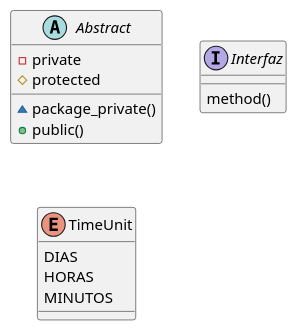
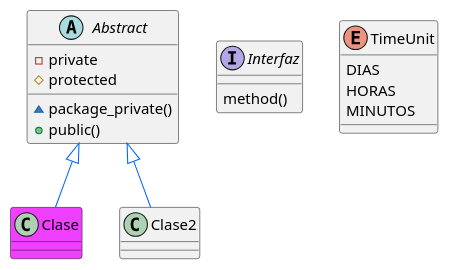
The diagram in uml/diagrama8.puml (Espadv69/uml-begginer), drawn with PlantUML before and after one commit.

Commit message:
Update: schema of classes and Abstract.

```diff
--- a/uml/diagrama8.puml
+++ b/uml/diagrama8.puml
@@ -1,20 +1,25 @@
 @startuml diagrama8
 
     abstract Abstract {
         -private
         #protected
         ~package_private()
         +public()
     }
 
     interface Interfaz {
         method()
     }
 
     enum TimeUnit {
         DIAS
         HORAS
         MINUTOS
     }
 
+    class Clase #f040ff
+
+    Abstract <|-[#0066ff]- Clase
+    Abstract <|-[#0066ff]- Clase2
+
 @enduml
```
